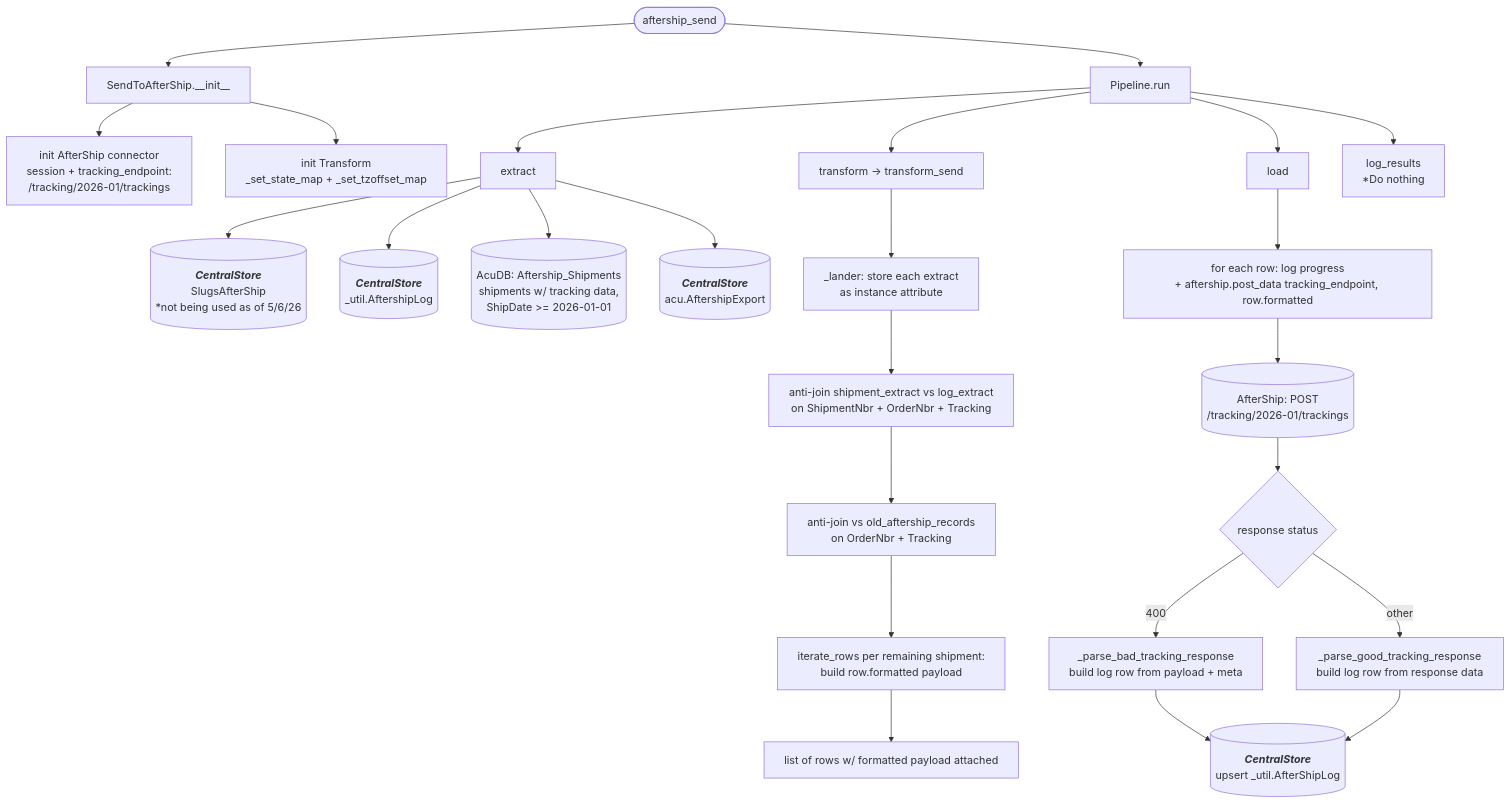
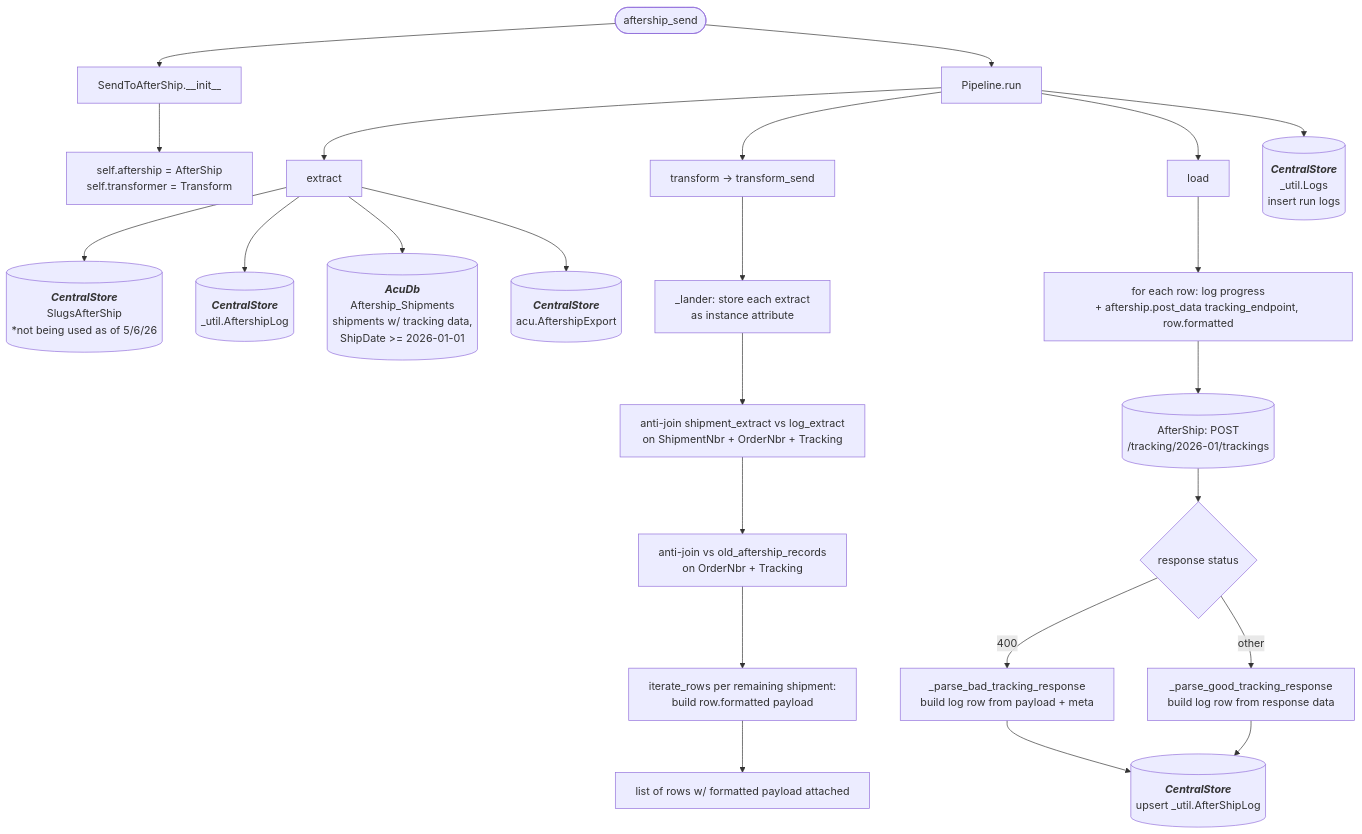
The diagram in docs/pipelines/aftership_send.md (journeyhl/integration-platform), drawn with Mermaid before and after one commit. The commit also changed 25 other files, not shown here.

````diff
--- a/docs/pipelines/aftership_send.md
+++ b/docs/pipelines/aftership_send.md
@@ -1,45 +1,52 @@
 ```mermaid
 %%{init: {"flowchart": {"wrappingWidth": 400}}}%%
 flowchart TD
     A([aftership_send]) --> B[SendToAfterShip.__init__]
-    B --> B1[init AfterShip connector<br/>session + tracking_endpoint:<br/>/tracking/2026-01/trackings]
-    B --> B2[init Transform<br/>_set_state_map + _set_tzoffset_map]
+    B --> B1[
+        self.aftership = AfterShip
+        self.transformer = Transform
+    ]
     A --> RUN[Pipeline.run]
 
     RUN --> EX[extract]
     EX --> D1[(
         <b><i>CentralStore</i></b>
         SlugsAfterShip
         *not being used as of 5/6/26
     )]
     EX --> D2[(
         <b><i>CentralStore</i></b>
         _util.AftershipLog
     )]
-    EX --> D3[(AcuDB: Aftership_Shipments<br/>shipments w/ tracking data,<br/>ShipDate >= 2026-01-01)]
+    EX --> D3[(
+        <b><i>AcuDb</i></b>
+        Aftership_Shipments<br/>shipments w/ tracking data,<br/>ShipDate >= 2026-01-01)]
     EX --> D4[(
         <b><i>CentralStore</i></b>
         acu.AftershipExport
     )]
 
     RUN --> TR[transform → transform_send]
     TR --> T1[_lander: store each extract<br/>as instance attribute]
     T1 --> T2[anti-join shipment_extract vs log_extract<br/>on ShipmentNbr + OrderNbr + Tracking]
     T2 --> T3[anti-join vs old_aftership_records<br/>on OrderNbr + Tracking]
     T3 --> T4[iterate_rows per remaining shipment:<br/>build row.formatted payload]
     T4 --> TR_OUT[list of rows w/ formatted payload attached]
 
     RUN --> LD[load]
     LD --> LP[for each row: log progress<br/>+ aftership.post_data tracking_endpoint, row.formatted]
     LP --> AS[(AfterShip: POST<br/>/tracking/2026-01/trackings)]
     AS --> RESP{response status}
     RESP -->|400| BAD[_parse_bad_tracking_response<br/>build log row from payload + meta]
     RESP -->|other| GOOD[_parse_good_tracking_response<br/>build log row from response data]
     BAD --> CSL[(
         <b><i>CentralStore</i></b>
         upsert _util.AfterShipLog
     )]
     GOOD --> CSL
 
-    RUN --> LR[log_results<br/>*Do nothing]
+    RUN --> LOGS[(
+        <b><i>CentralStore</i></b>
+        _util.Logs<br/>insert run logs
+    )]
 ```
````
